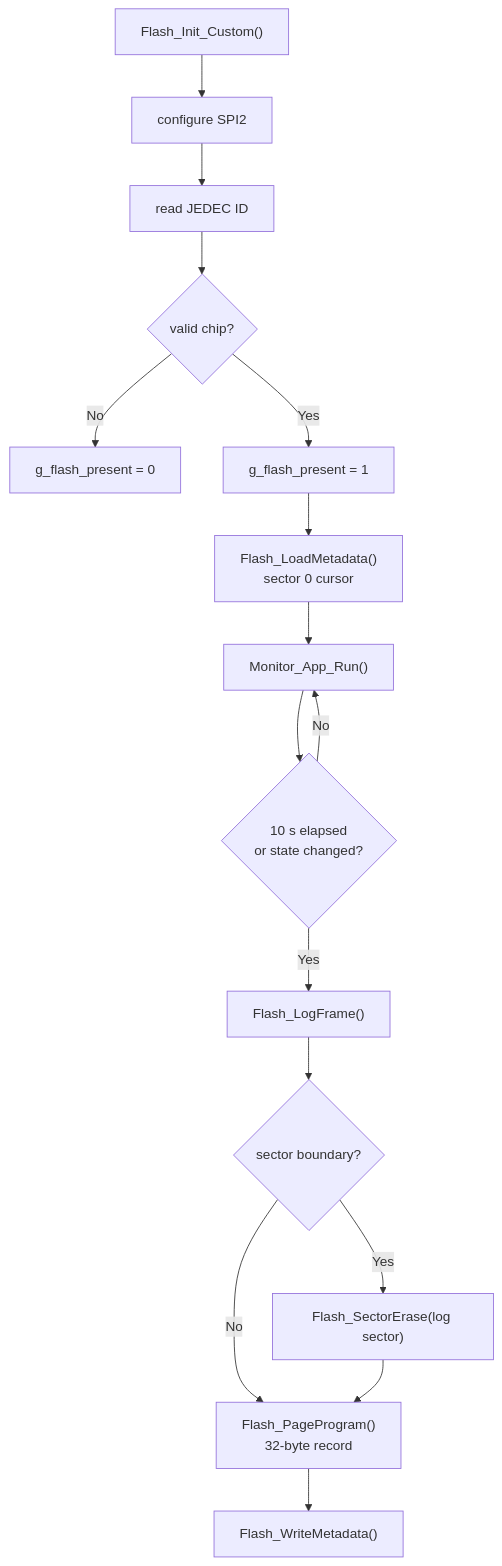
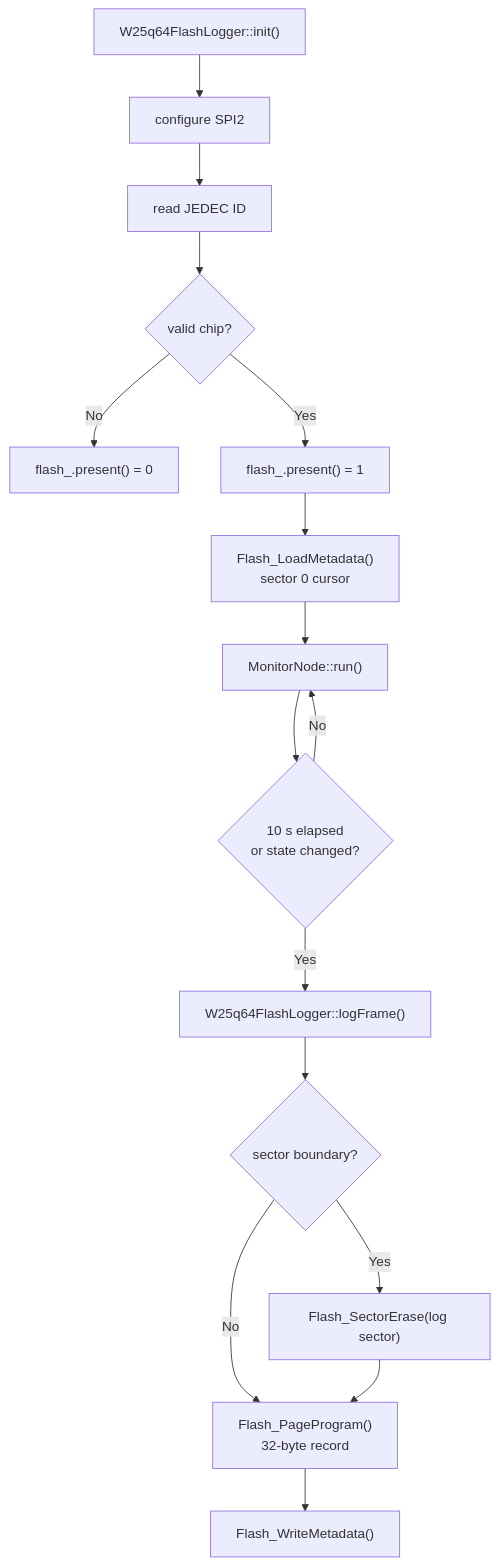
Diagram 11 of 13 in docs/FUNCTION_DESIGN_WALKTHROUGH.en.md (Cusnd/dual-stm32-safety-monitor), drawn with Mermaid before and after one commit. The commit also changed other lines of this file and 78 other files, not shown here.

````diff
--- a/docs/FUNCTION_DESIGN_WALKTHROUGH.en.md
+++ b/docs/FUNCTION_DESIGN_WALKTHROUGH.en.md
@@ -308,18 +308,18 @@
 ```mermaid
 flowchart TD
-  I["Flash_Init_Custom()"] --> SPI["configure SPI2"]
+  I["W25q64FlashLogger::init()"] --> SPI["configure SPI2"]
   SPI --> ID["read JEDEC ID"]
   ID --> OK{"valid chip?"}
-  OK -->|"No"| OFF["g_flash_present = 0"]
-  OK -->|"Yes"| ON["g_flash_present = 1"]
+  OK -->|"No"| OFF["flash_.present() = 0"]
+  OK -->|"Yes"| ON["flash_.present() = 1"]
   ON --> META["Flash_LoadMetadata()\nsector 0 cursor"]
-  META --> RUN["Monitor_App_Run()"]
+  META --> RUN["MonitorNode::run()"]
   RUN --> LOG{"10 s elapsed\nor state changed?"}
-  LOG -->|"Yes"| REC["Flash_LogFrame()"]
+  LOG -->|"Yes"| REC["W25q64FlashLogger::logFrame()"]
   REC --> WRAP{"sector boundary?"}
   WRAP -->|"Yes"| ERASE["Flash_SectorErase(log sector)"]
   WRAP -->|"No"| PP
   ERASE --> PP["Flash_PageProgram()\n32-byte record"]
   PP --> META2["Flash_WriteMetadata()"]
   LOG -->|"No"| RUN
 ```
````
